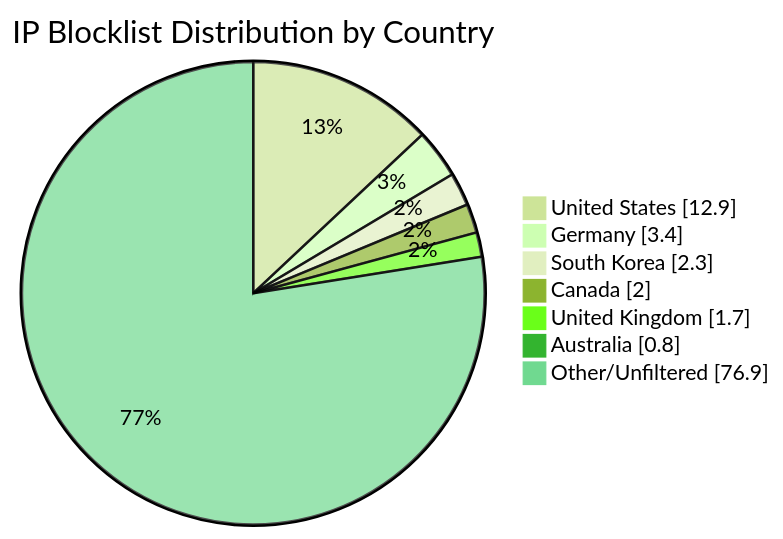
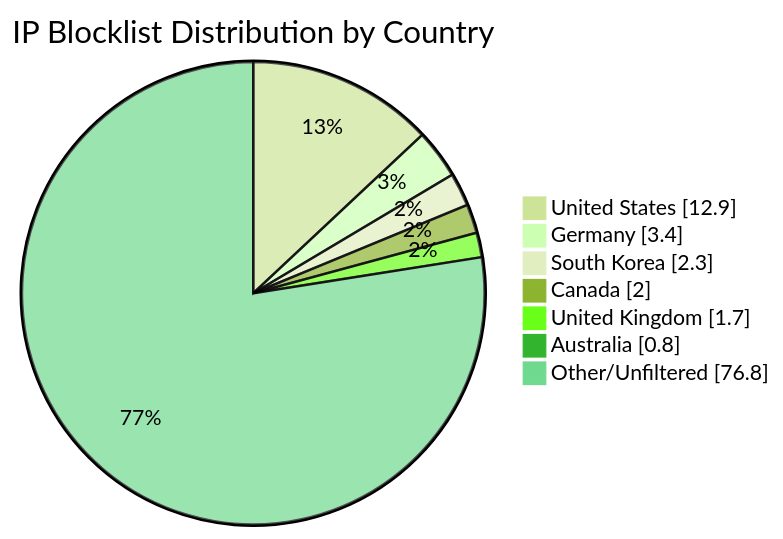
The diagram in README.md (MarcusHoltz/ipblocklist-geofiltered-aggregator), drawn with Mermaid (forest theme) before and after one commit. The commit also changed other lines of this file and 9 other files, not shown here.

````diff
--- a/README.md
+++ b/README.md
@@ -34,10 +34,10 @@
 ```mermaid
 pie showData title IP Blocklist Distribution by Country
 "United States" : 12.9
 "Germany" : 3.4
 "South Korea" : 2.3
 "Canada" : 2.0
 "United Kingdom" : 1.7
 "Australia" : 0.8
-"Other/Unfiltered" : 76.9
+"Other/Unfiltered" : 76.8
 ```
````
